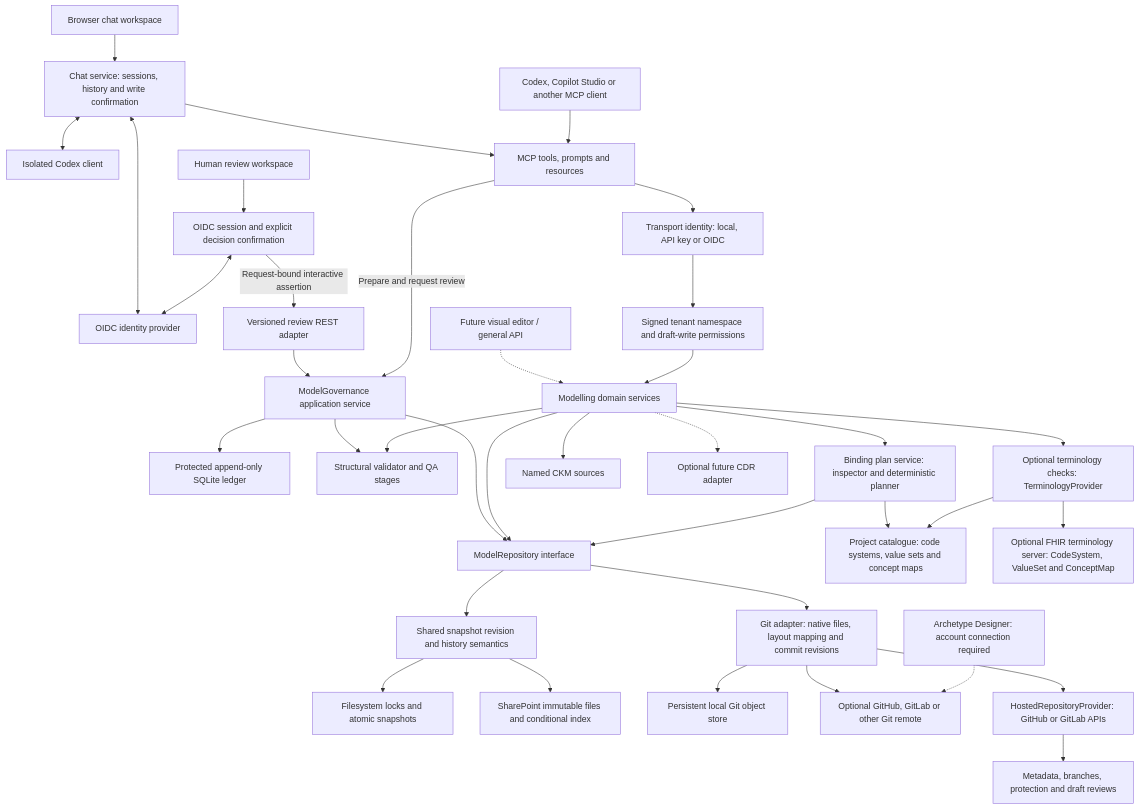
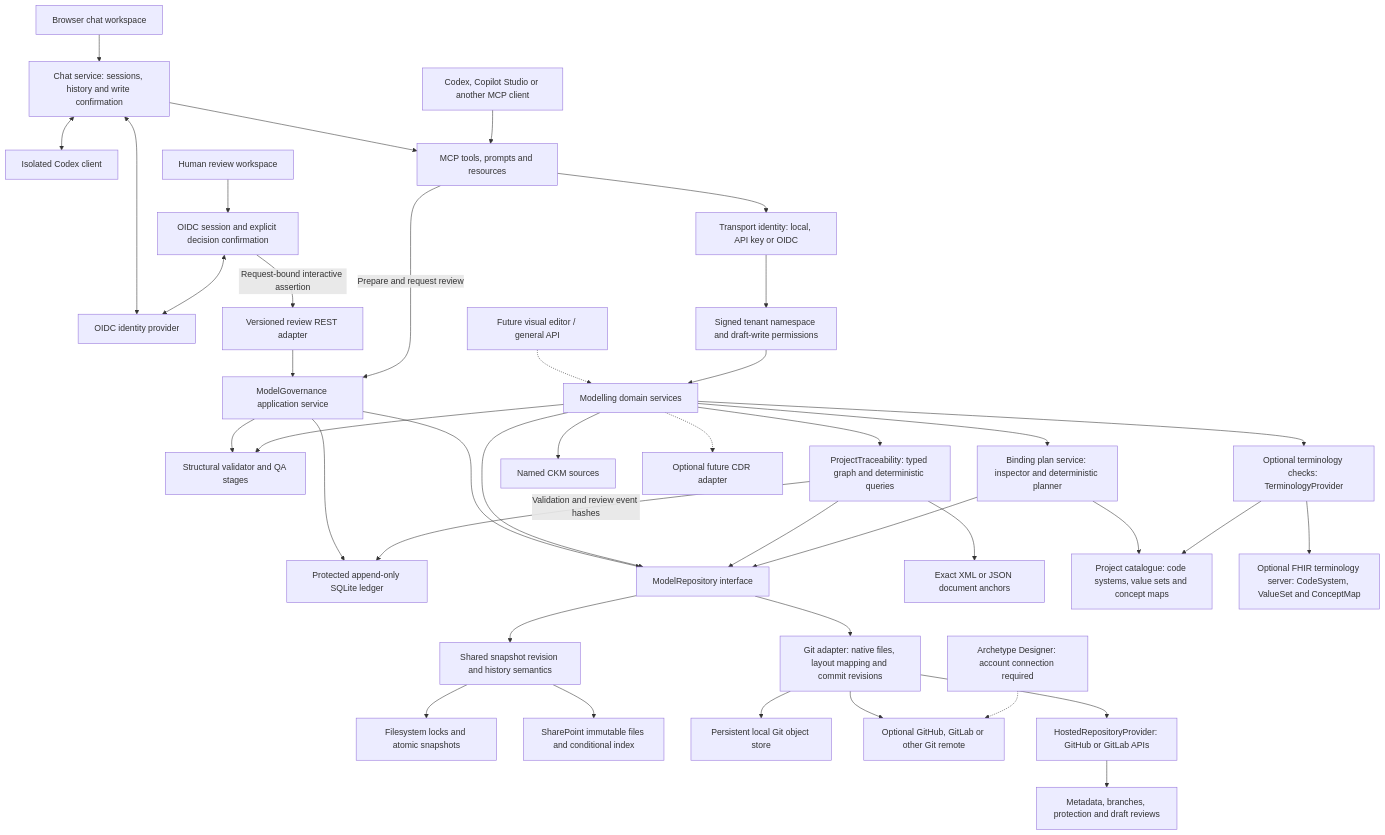
The diagram in docs/ARCHITECTURE.md (CzarMich/openehr-modelling-assistant), drawn with Mermaid before and after one commit. The commit also changed other lines of this file and 46 other files, not shown here.

````diff
--- a/docs/ARCHITECTURE.md
+++ b/docs/ARCHITECTURE.md
@@ -5,39 +5,43 @@
 ```mermaid
 flowchart TB
     Browser[Browser chat workspace] --> Chat[Chat service: sessions, history and write confirmation]
     Chat <--> Identity[OIDC identity provider]
     Chat <--> Codex[Isolated Codex client]
     Chat --> MCP[MCP tools, prompts and resources]
     AI[Codex, Copilot Studio or another MCP client] --> MCP[MCP tools, prompts and resources]
     UI[Future visual editor / general API] -.-> Core[Modelling domain services]
     Human[Human review workspace] --> BFF[OIDC session and explicit decision confirmation]
     BFF <--> Identity
     BFF -->|Request-bound interactive assertion| REST[Versioned review REST adapter]
     REST --> Governance[ModelGovernance application service]
     MCP -->|Prepare and request review| Governance
     Governance --> Ledger[Protected append-only SQLite ledger]
     Governance --> Repository
     Governance --> Validation
     MCP --> Auth[Transport identity: local, API key or OIDC]
     Auth --> Scope[Signed tenant namespace and draft-write permissions]
     Scope --> Core
     Core --> Validation[Structural validator and QA stages]
     Core --> Repository[ModelRepository interface]
+    Core --> Trace[ProjectTraceability: typed graph and deterministic queries]
+    Trace --> Repository
+    Trace --> Anchors[Exact XML or JSON document anchors]
+    Trace -->|Validation and review event hashes| Ledger
     Repository --> Snap[Shared snapshot revision and history semantics]
     Snap --> FS[Filesystem locks and atomic snapshots]
     Snap --> SP[SharePoint immutable files and conditional index]
     Repository --> Git[Git adapter: native files, layout mapping and commit revisions]
     Git --> Cache[Persistent local Git object store]
     Git --> Remote[Optional GitHub, GitLab or other Git remote]
     Git --> Hosting[HostedRepositoryProvider: GitHub or GitLab APIs]
     Hosting --> Reviews[Metadata, branches, protection and draft reviews]
     Designer[Archetype Designer: account connection required] -.-> Remote
     Core --> Plans[Binding plan service: inspector and deterministic planner]
     Plans --> Repository
     Plans --> Local
     Core --> Terms[Optional terminology checks: TerminologyProvider]
     Terms --> Local[Project catalogue: code systems, value sets and concept maps]
     Terms --> FHIR[Optional FHIR terminology server: CodeSystem, ValueSet and ConceptMap]
     Core --> CKM[Named CKM sources]
     Core -.-> CDR[Optional future CDR adapter]
 ```
````
